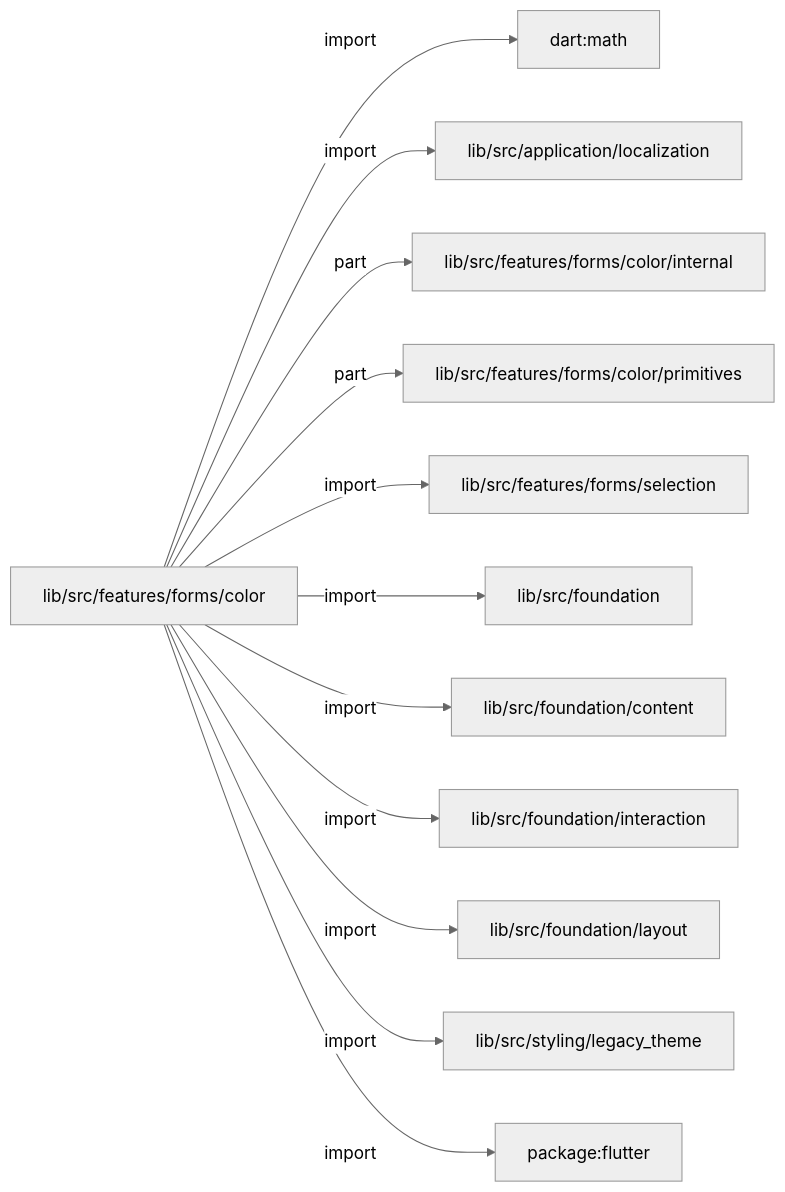
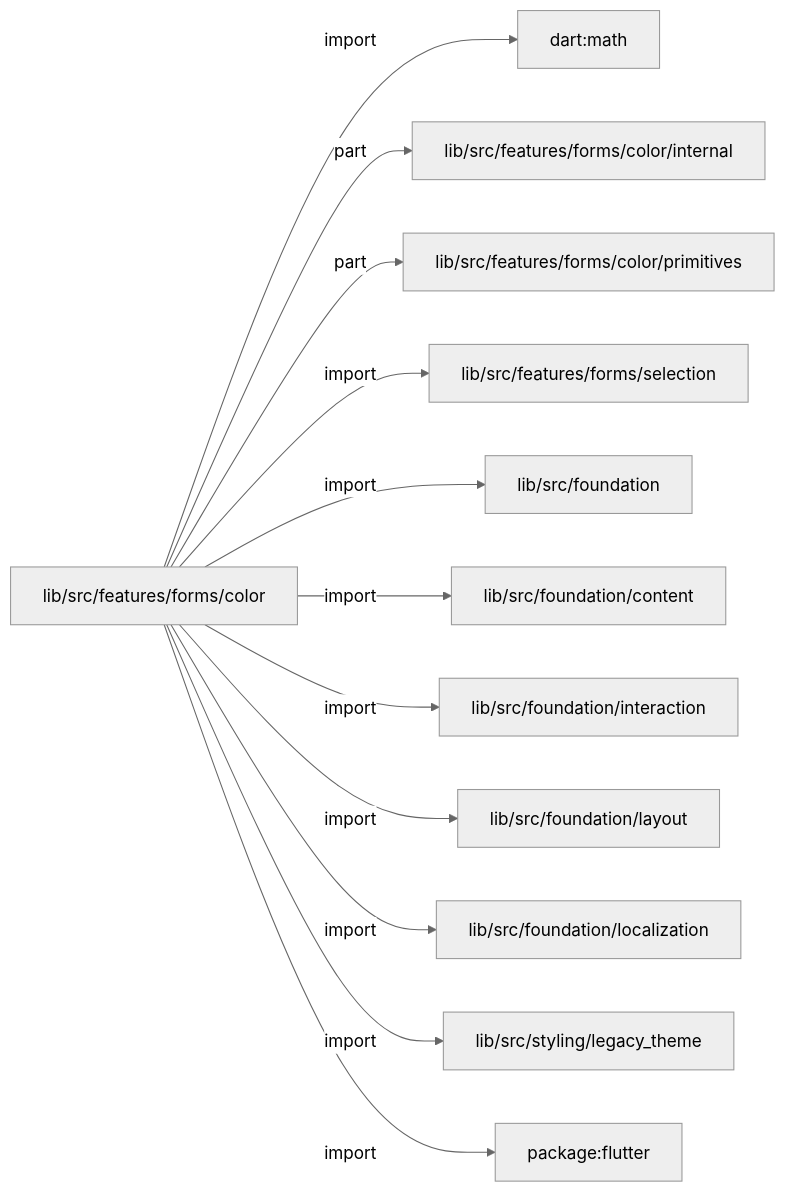
One commit to MiuDog/Kallopis changed the first of 2 diagrams in docs/architecture/src/features/forms/color/README.md. Above: the diagram before and after it, drawn with Mermaid (neutral theme). The commit also changed other lines of this file and 9688 other files, not shown here.

Commit message:
Prepare isolated Flow F2 peer baseline

````diff
--- a/docs/architecture/src/features/forms/color/README.md
+++ b/docs/architecture/src/features/forms/color/README.md
@@ -13,26 +13,26 @@
 ```mermaid
 flowchart LR
 	n0["lib/src/features/forms/color"]
 	n1["dart:math"]
-	n2["lib/src/application/localization"]
-	n3["lib/src/features/forms/color/internal"]
-	n4["lib/src/features/forms/color/primitives"]
-	n5["lib/src/features/forms/selection"]
-	n6["lib/src/foundation"]
-	n7["lib/src/foundation/content"]
-	n8["lib/src/foundation/interaction"]
-	n9["lib/src/foundation/layout"]
+	n2["lib/src/features/forms/color/internal"]
+	n3["lib/src/features/forms/color/primitives"]
+	n4["lib/src/features/forms/selection"]
+	n5["lib/src/foundation"]
+	n6["lib/src/foundation/content"]
+	n7["lib/src/foundation/interaction"]
+	n8["lib/src/foundation/layout"]
+	n9["lib/src/foundation/localization"]
 	n10["lib/src/styling/legacy_theme"]
 	n11["package:flutter"]
 	n0 -->|"import"| n1
-	n0 -->|"import"| n2
+	n0 -->|"part"| n2
 	n0 -->|"part"| n3
-	n0 -->|"part"| n4
+	n0 -->|"import"| n4
 	n0 -->|"import"| n5
 	n0 -->|"import"| n6
 	n0 -->|"import"| n7
 	n0 -->|"import"| n8
 	n0 -->|"import"| n9
 	n0 -->|"import"| n10
 	n0 -->|"import"| n11
 ```
````
